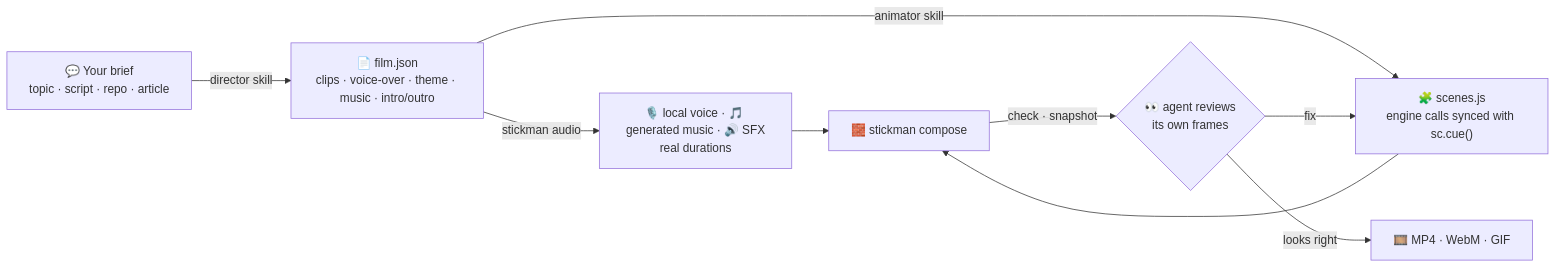
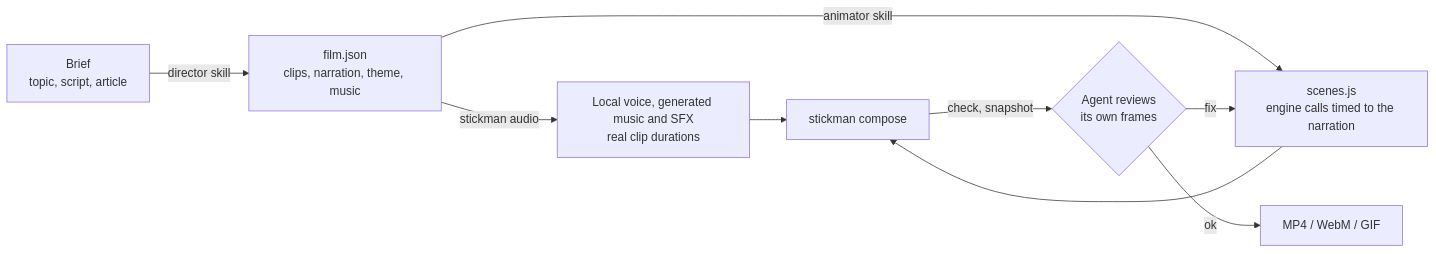
The diagram in README.md (dsauce/stickman-kino), drawn with Mermaid before and after one commit. The commit also changed other lines of this file and 4 other files, not shown here.

````diff
--- a/README.md
+++ b/README.md
@@ -190,11 +42,11 @@
 ```mermaid
 flowchart LR
-  A["💬 Your brief<br/>topic · script · repo · article"] -->|director skill| B["📄 film.json<br/>clips · voice-over · theme · music · intro/outro"]
-  B -->|stickman audio| C["🎙️ local voice · 🎵 generated music · 🔊 SFX<br/>real durations"]
-  B -->|animator skill| D["🧩 scenes.js<br/>engine calls synced with sc.cue()"]
-  C --> E["🧱 stickman compose"]
+  A["Brief<br/>topic, script, article"] -->|director skill| B["film.json<br/>clips, narration, theme, music"]
+  B -->|stickman audio| C["Local voice, generated music and SFX<br/>real clip durations"]
+  B -->|animator skill| D["scenes.js<br/>engine calls timed to the narration"]
+  C --> E["stickman compose"]
   D --> E
-  E -->|check · snapshot| F{"👀 agent reviews<br/>its own frames"}
+  E -->|check, snapshot| F{"Agent reviews<br/>its own frames"}
   F -->|fix| D
-  F -->|looks right| G["🎞️ MP4 · WebM · GIF"]
+  F -->|ok| G["MP4 / WebM / GIF"]
 ```
````
